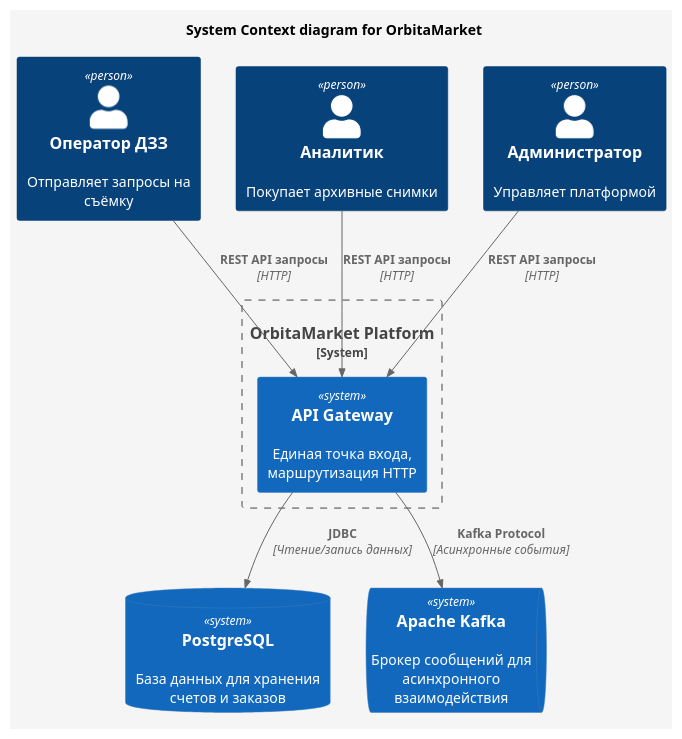
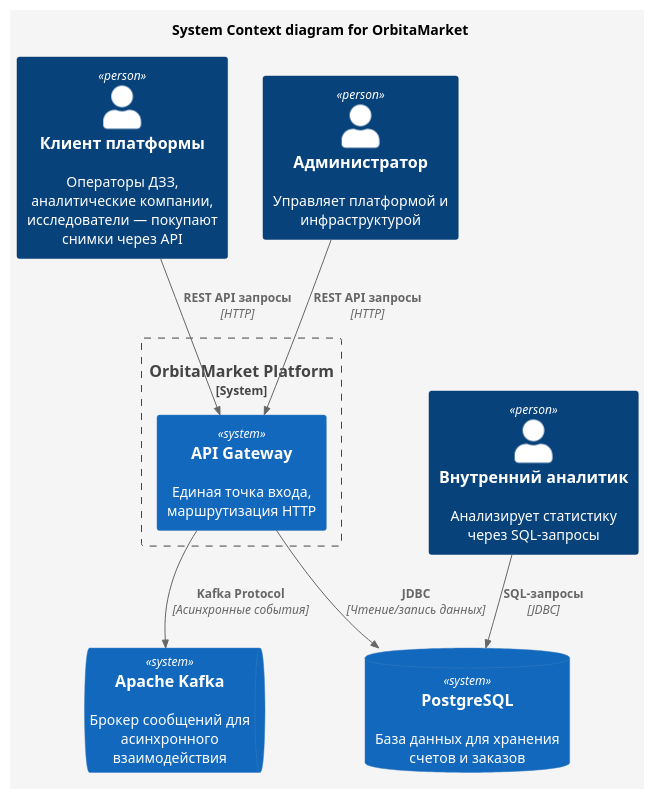
The diagram in docs/C4-context.puml (Nikita20q/OrbitaMarket), drawn with PlantUML before and after one commit. The commit also changed 22 other files, not shown here.

```diff
--- a/docs/C4-context.puml
+++ b/docs/C4-context.puml
@@ -1,26 +1,27 @@
 @startuml
 !include https://raw.githubusercontent.com/plantuml-stdlib/C4-PlantUML/master/C4_Context.puml
 
 title System Context diagram for OrbitaMarket
 
 skinparam backgroundColor #F5F5F5
 
-Person(operator, "Оператор ДЗЗ", "Отправляет запросы на съёмку")
-Person(analyst, "Аналитик", "Покупает архивные снимки")
-Person(admin, "Администратор", "Управляет платформой")
+Person(client, "Клиент платформы", "Операторы ДЗЗ, аналитические компании, исследователи — покупают снимки через API")
+Person(analyst, "Внутренний аналитик", "Анализирует статистику через SQL-запросы")
+Person(admin, "Администратор", "Управляет платформой и инфраструктурой")
 
 System_Boundary(orbitamarket, "OrbitaMarket Platform") {
     System(gateway, "API Gateway", "Единая точка входа, маршрутизация HTTP")
 }
 
 SystemDb(postgres, "PostgreSQL", "База данных для хранения счетов и заказов")
 SystemQueue(kafka, "Apache Kafka", "Брокер сообщений для асинхронного взаимодействия")
 
-Rel(operator, gateway, "REST API запросы", "HTTP")
-Rel(analyst, gateway, "REST API запросы", "HTTP")
+Rel(client, gateway, "REST API запросы", "HTTP")
 Rel(admin, gateway, "REST API запросы", "HTTP")
+
+Rel(analyst, postgres, "SQL-запросы", "JDBC")
 
 Rel(gateway, postgres, "JDBC", "Чтение/запись данных")
 Rel(gateway, kafka, "Kafka Protocol", "Асинхронные события")
 
 @enduml
```
